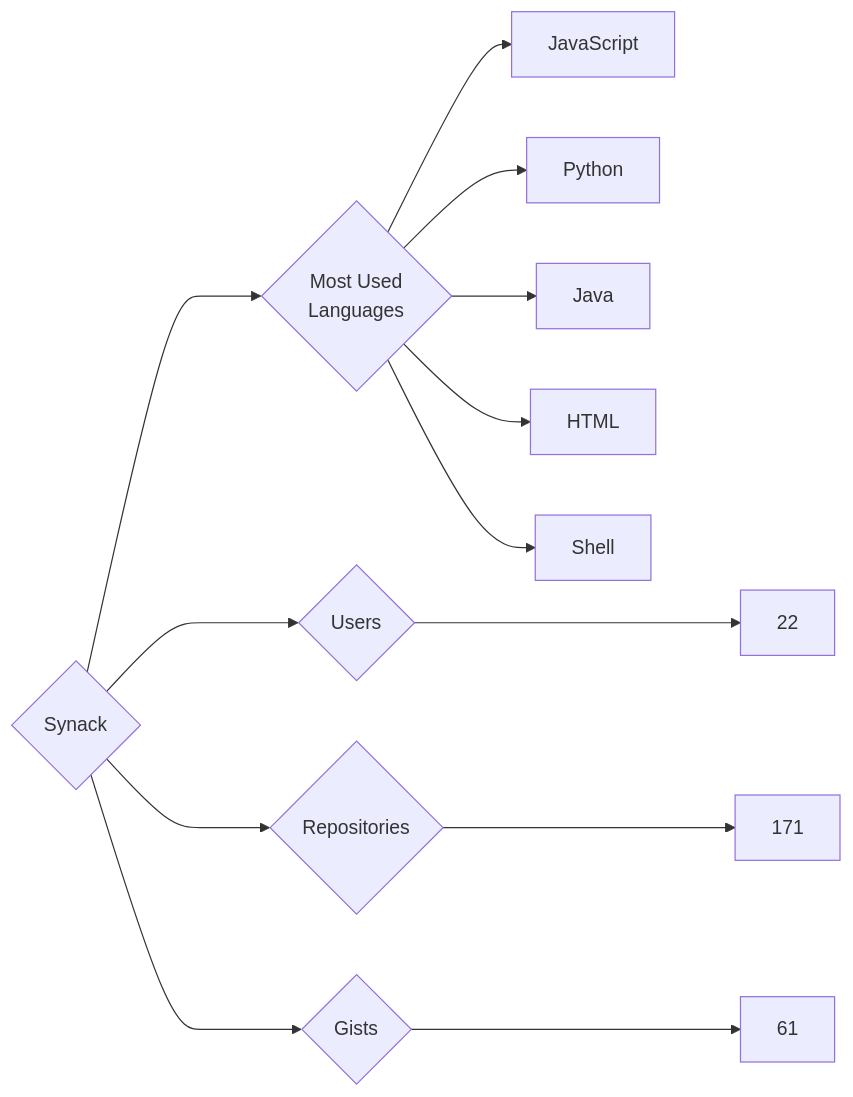
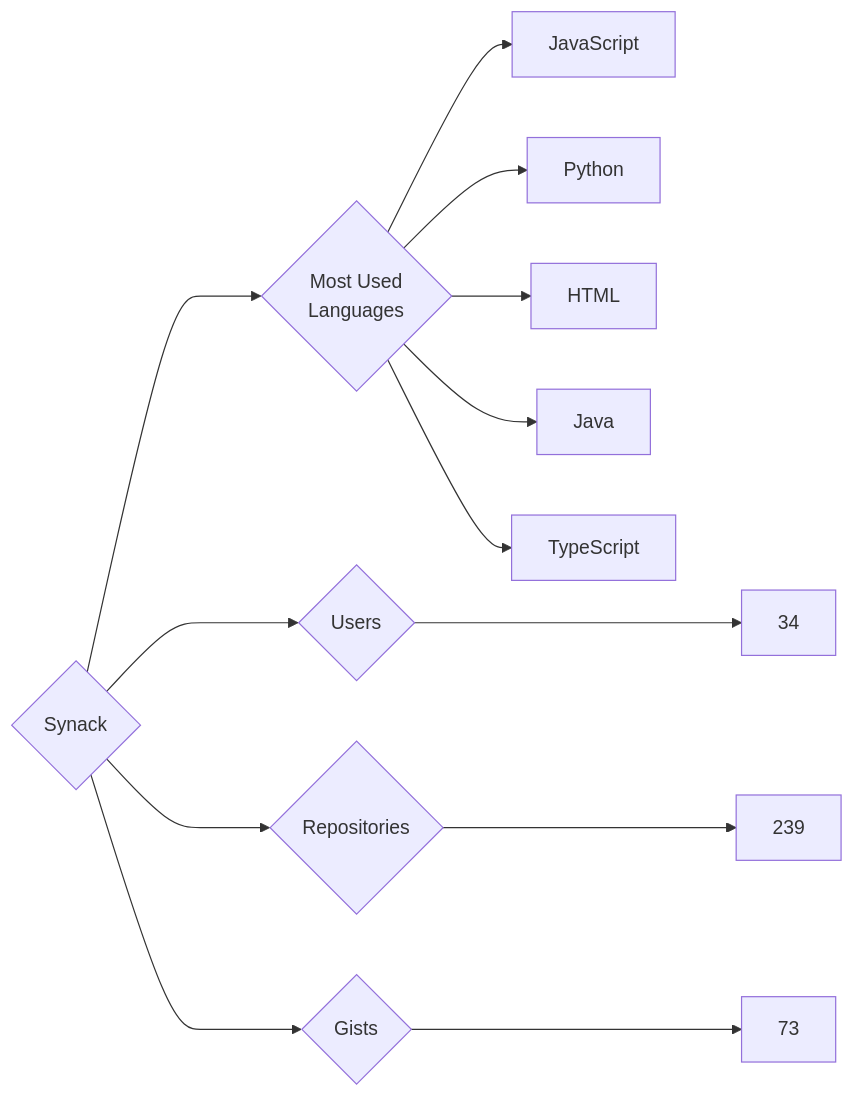
Before and after one commit to trickest/insiders: the diagram in targets/Synack/README.md, drawn with Mermaid. The commit also changed 839 other files, not shown here.

````diff
--- a/targets/Synack/README.md
+++ b/targets/Synack/README.md
@@ -3,13 +3,13 @@
 ```mermaid
 graph LR
 COMPANY_NAME{Synack}
-COMPANY_NAME ---> U{Users} ---> UN[22]
-COMPANY_NAME ---> R{Repositories} ---> RN[171]
-COMPANY_NAME ---> G{Gists} ---> GN[61]
+COMPANY_NAME ---> U{Users} ---> UN[34]
+COMPANY_NAME ---> R{Repositories} ---> RN[239]
+COMPANY_NAME ---> G{Gists} ---> GN[73]
 COMPANY_NAME ---> ML{Most Used<br>Languages}
 ML --> JavaScript[JavaScript]
 ML --> Python[Python]
+ML --> HTML[HTML]
 ML --> Java[Java]
-ML --> HTML[HTML]
-ML --> Shell[Shell]
+ML --> TypeScript[TypeScript]
 ```
````
